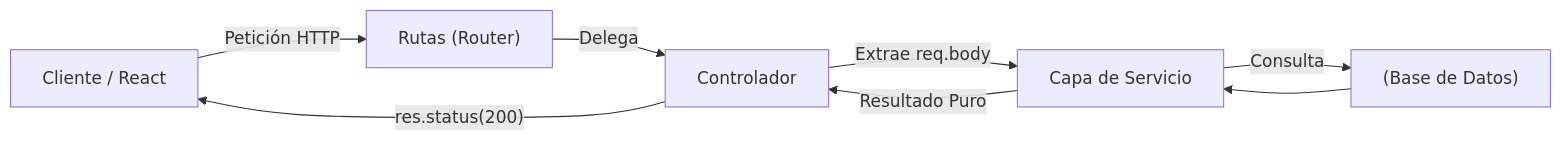
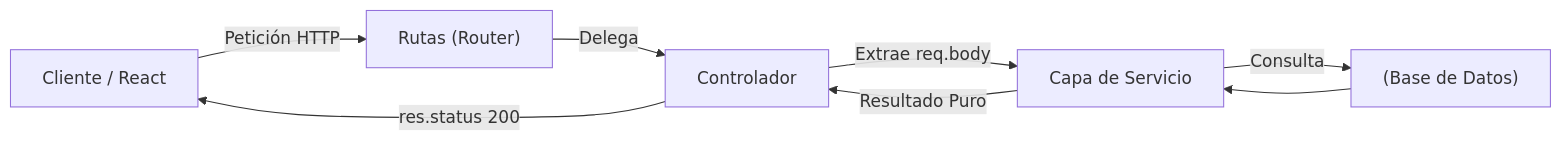
The diagram in public/docs/de/ext_node_medio.md (gjpierp/nmergeia), drawn with Mermaid before and after one commit. The commit also changed 88 other files, not shown here.

Commit message:
fix(mermaid & headings): estandarizar títulos removiendo Resumen Ejecutivo de encabezados H2 y corregir sintaxis de paréntesis en conectores de enlace de 55 diagramas Mermaid en los 7 idiomas

````diff
--- a/public/docs/de/ext_node_medio.md
+++ b/public/docs/de/ext_node_medio.md
@@ -9,10 +9,10 @@
 ```mermaid
 flowchart LR
 Cliente["Cliente / React"] -->|Petición HTTP| Routes["Rutas (Router)"]
 Routes -->|Delega| Controller["Controlador"]
 Controller -->|Extrae req.body| Service["Capa de Servicio"]
 Service -->|Consulta| DB["(Base de Datos)"]
 DB --> Service
 Service -->|Resultado Puro| Controller
-Controller -->|"res.status(200)"| Cliente
+Controller -->|"res.status 200 "| Cliente
 ```
````
